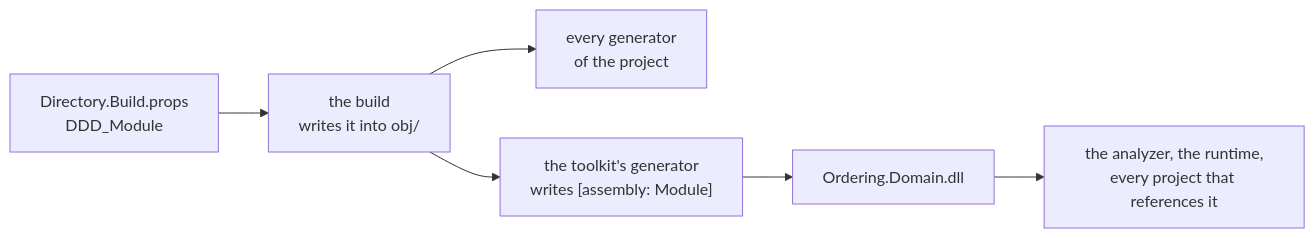
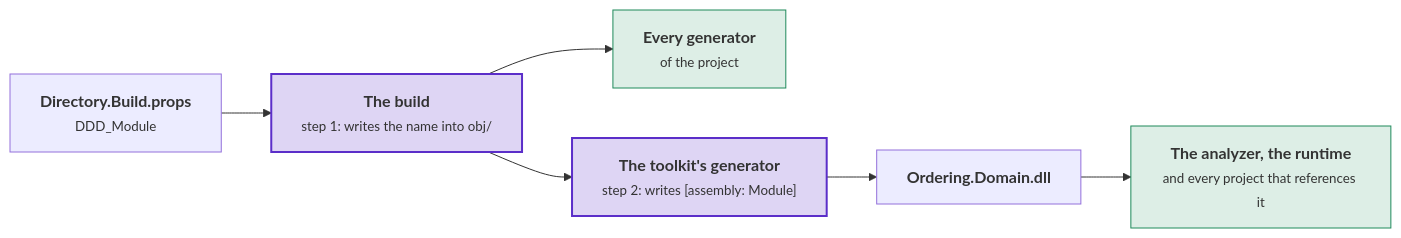
Before and after one commit to DylanSnel/DDDToolkit: the third of 5 diagrams in docs/modules.md, drawn with Mermaid. The commit also changed other lines of this file and 41 other files, not shown here.

First line of the commit message:
Docs: plain prose, one word per concept, and readable diagrams on every page

````diff
--- a/docs/modules.md
+++ b/docs/modules.md
@@ -368,8 +402,18 @@
 ```mermaid
 flowchart LR
-    Props["Directory.Build.props<br/>DDD_Module"] --> Build["the build<br/>writes it into obj/"]
-    Build --> Generators["every generator<br/>of the project"]
-    Build --> Module["the toolkit's generator<br/>writes [assembly: Module]"]
-    Module --> Dll["Ordering.Domain.dll"]
-    Dll --> Readers["the analyzer, the runtime,<br/>every project that references it"]
+    props["<b>Directory.Build.props</b><br/><small>DDD_Module</small>"]
+    build["<b>The build</b><br/><small>step 1: writes the name into obj/</small>"]
+    generators["<b>Every generator</b><br/><small>of the project</small>"]
+    module["<b>The toolkit's generator</b><br/><small>step 2: writes [assembly: Module]</small>"]
+    dll["<b>Ordering.Domain.dll</b>"]
+    readers["<b>The analyzer, the runtime</b><br/><small>and every project that references it</small>"]
+    props --> build
+    build --> generators
+    build --> module
+    module --> dll
+    dll --> readers
+    classDef strong fill:#5b2ec933,stroke:#5b2ec9,stroke-width:2px
+    classDef good fill:#1f8a5b26,stroke:#1f8a5b
+    class build,module strong
+    class generators,readers good
 ```
````
